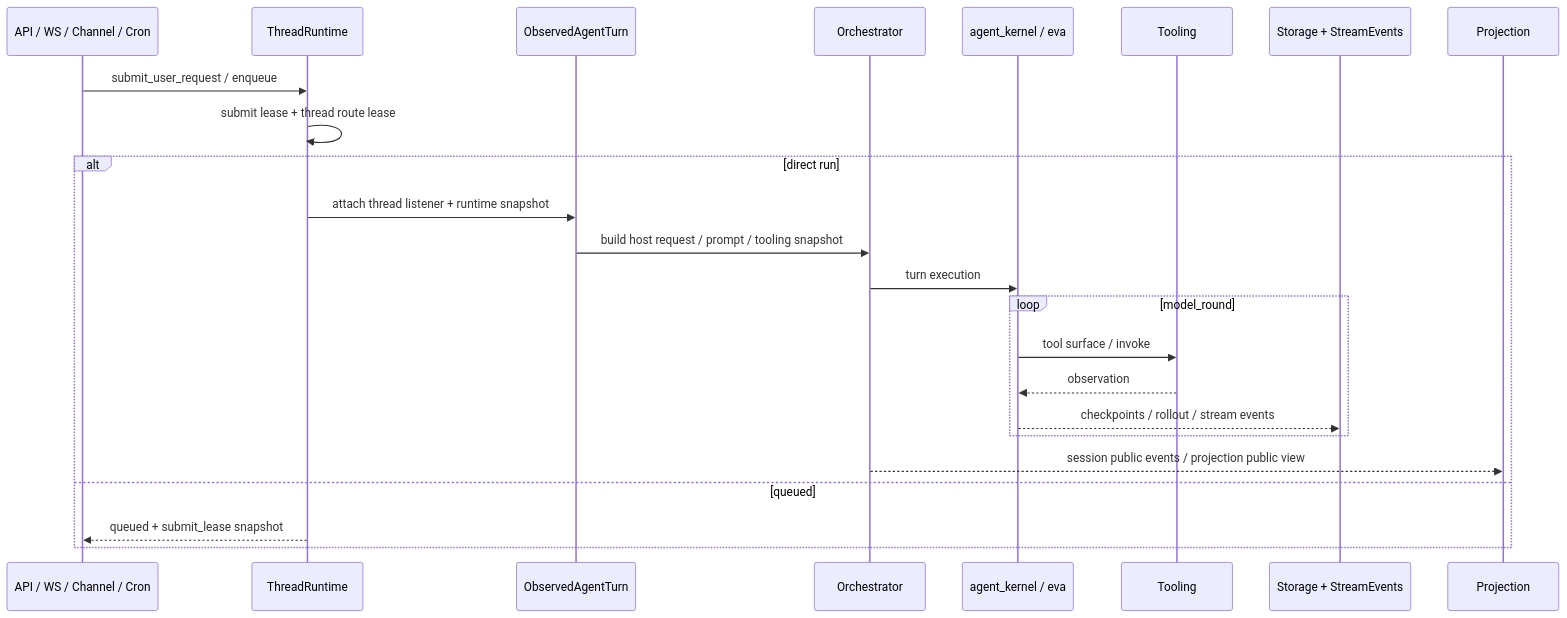
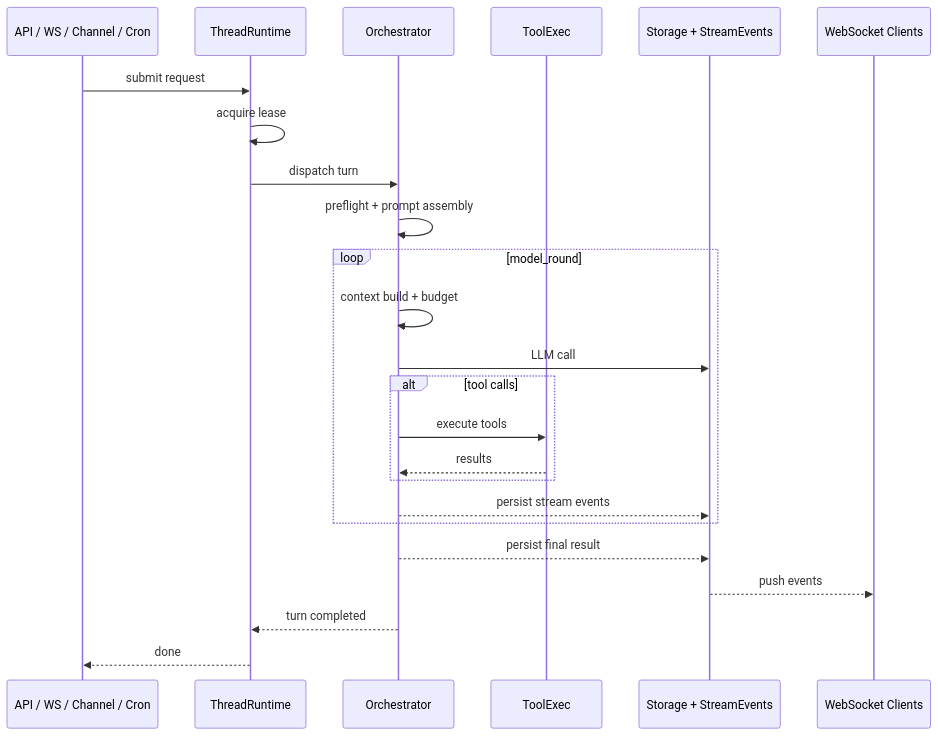
One commit to ylsdamxssjxxdd/wunder changed the third of 3 diagrams in docs/设计文档/02-智能体核心设计.md. Above: the diagram before and after it, drawn with Mermaid. The commit also changed other lines of this file and 66 other files, not shown here.

````diff
--- a/docs/设计文档/02-智能体核心设计.md
+++ b/docs/设计文档/02-智能体核心设计.md
@@ -216,27 +179,27 @@
 ```mermaid
 sequenceDiagram
   participant Ingress as API / WS / Channel / Cron
   participant Thread as ThreadRuntime
-  participant Observe as ObservedAgentTurn
   participant Orch as Orchestrator
-  participant Kernel as agent_kernel / eva
-  participant Tools as Tooling
+  participant Tools as ToolExec
   participant Store as Storage + StreamEvents
-  participant Proj as Projection
+  participant WS as WebSocket Clients
 
-  Ingress->>Thread: submit_user_request / enqueue
-  Thread->>Thread: submit lease + thread route lease
-  alt direct run
-    Thread->>Observe: attach thread listener + runtime snapshot
-    Observe->>Orch: build host request / prompt / tooling snapshot
-    Orch->>Kernel: turn execution
-    loop model_round
-      Kernel->>Tools: tool surface / invoke
-      Tools-->>Kernel: observation
-      Kernel-->>Store: checkpoints / rollout / stream events
+  Ingress->>Thread: submit request
+  Thread->>Thread: acquire lease
+  Thread->>Orch: dispatch turn
+  Orch->>Orch: preflight + prompt assembly
+  loop model_round
+    Orch->>Orch: context build + budget
+    Orch->>Store: LLM call
+    alt tool calls
+      Orch->>Tools: execute tools
+      Tools-->>Orch: results
     end
-    Orch-->>Proj: session public events / projection public view
-  else queued
-    Thread-->>Ingress: queued + submit_lease snapshot
+    Orch-->>Store: persist stream events
   end
+  Orch-->>Store: persist final result
+  Store-->>WS: push events
+  Orch-->>Thread: turn completed
+  Thread-->>Ingress: done
 ```
````
